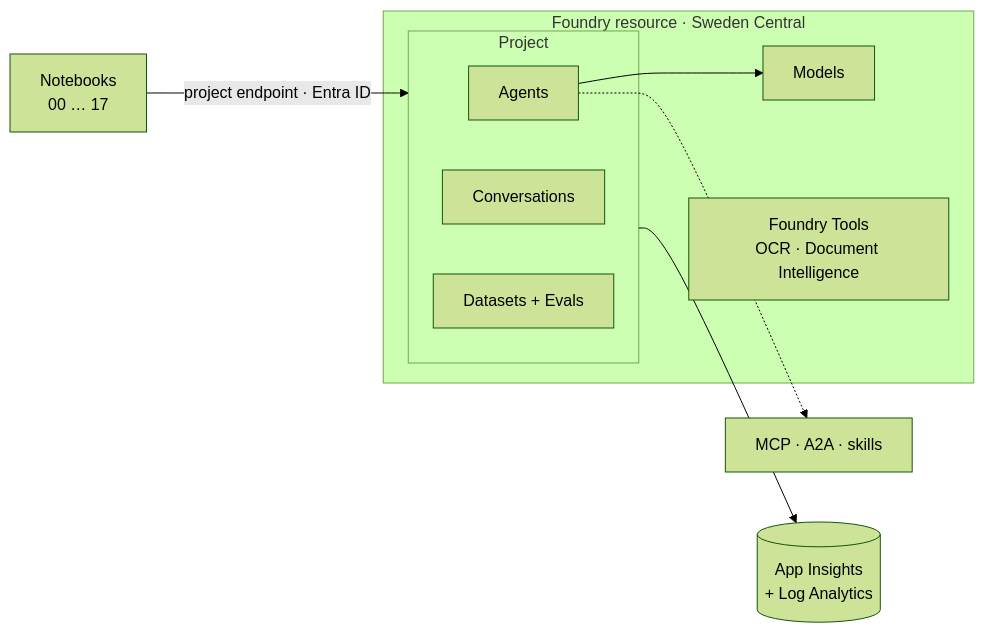
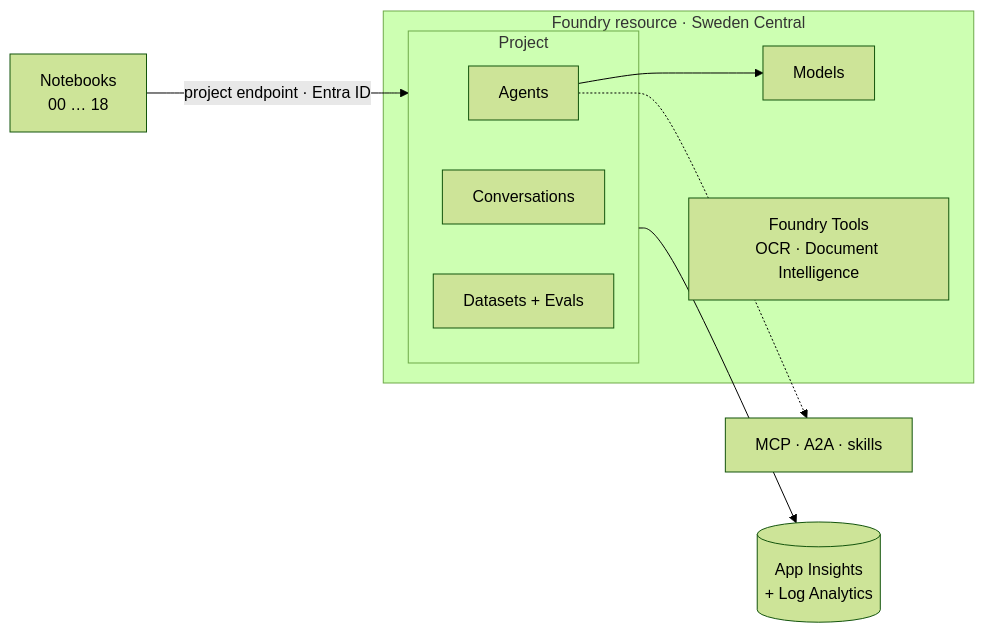
Before and after one commit to nampacx/MS-Foundry-from-0-to-hero: the diagram in README.md, drawn with Mermaid (forest theme). The commit also changed other lines of this file and 58 other files, not shown here.

````diff
--- a/README.md
+++ b/README.md
@@ -60,16 +60,16 @@
 ```mermaid
 flowchart LR
-  NB[Notebooks<br/>00 … 17] -->|project endpoint · Entra ID| P
+  NB[Notebooks<br/>00 … 18] -->|project endpoint · Entra ID| P
   subgraph F[Foundry resource · Sweden Central]
     M[Models]
     T[Foundry Tools<br/>OCR · Document Intelligence]
     subgraph P[Project]
       A[Agents]
       C[Conversations]
       E[Datasets + Evals]
     end
   end
   A --> M
   A -.-> X[MCP · A2A · skills]
   P --> AI[(App Insights<br/>+ Log Analytics)]
 ```
````
